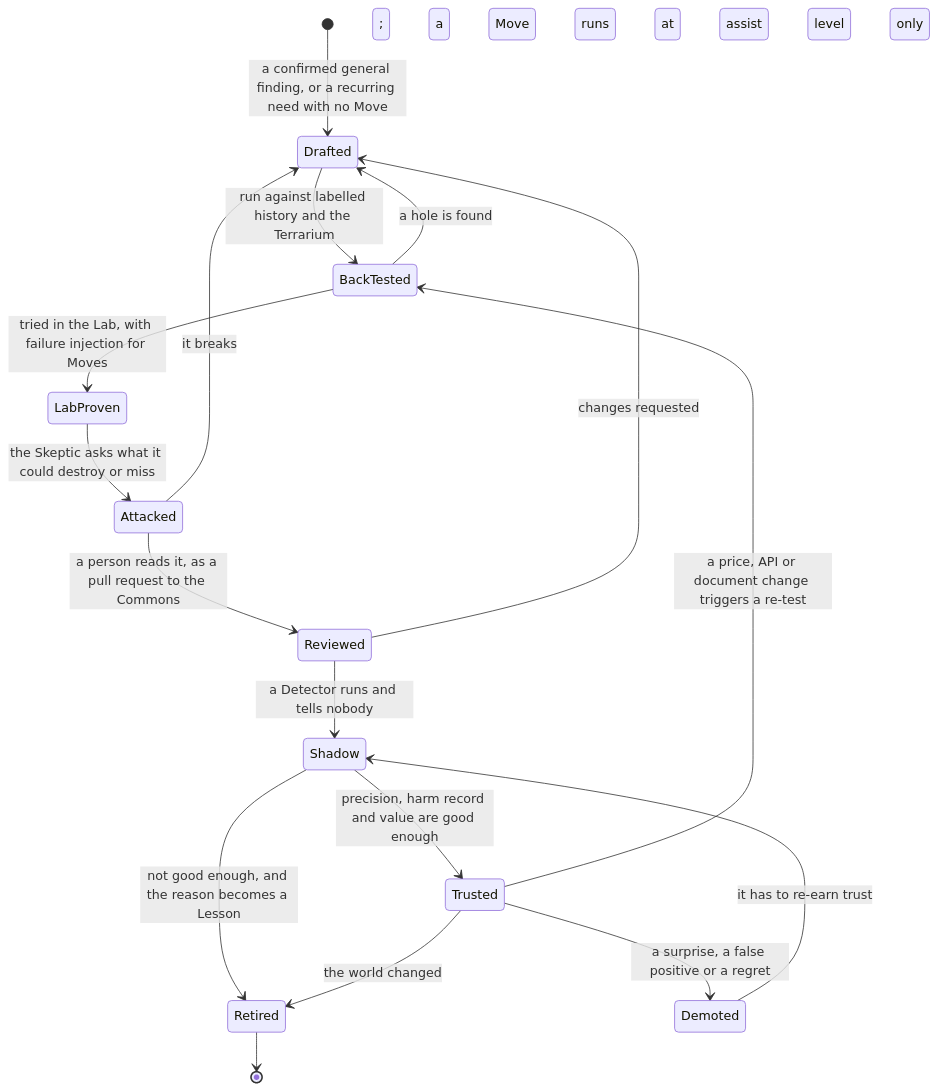
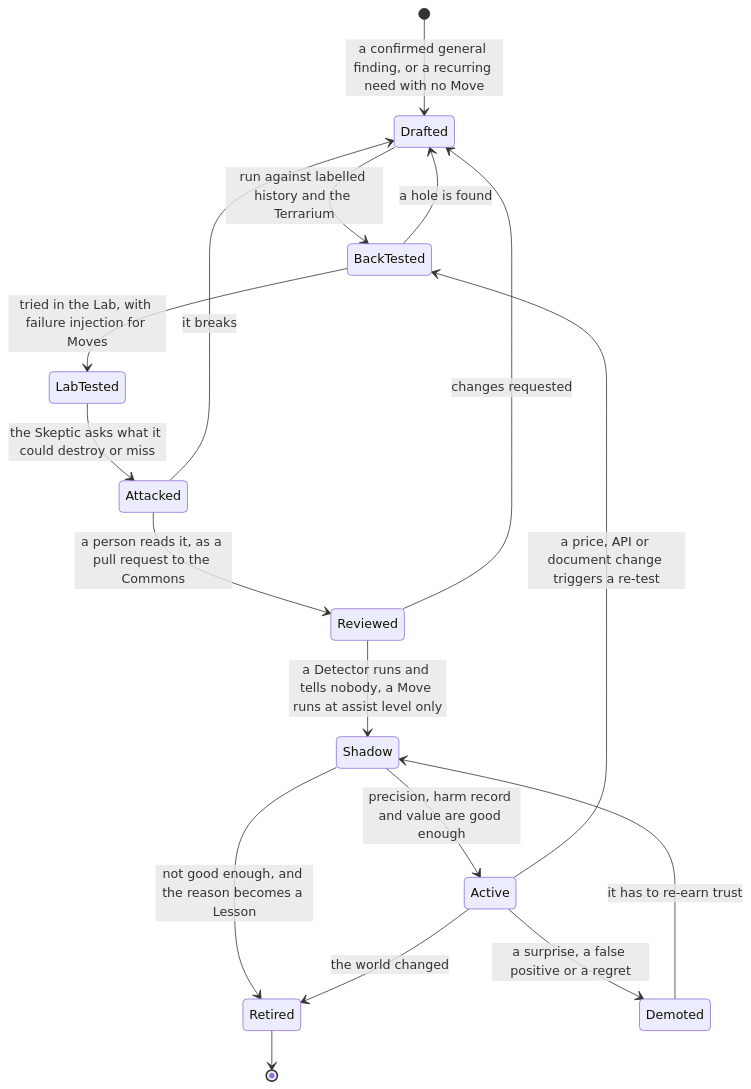
The third of 3 diagrams in docs/04-experiments-and-the-lab.md (tinodo/meternaut), drawn with Mermaid before and after one commit. The commit also changed other lines of this file and 26 other files, not shown here.

````diff
--- a/docs/04-experiments-and-the-lab.md
+++ b/docs/04-experiments-and-the-lab.md
@@ -258,19 +258,19 @@
 ```mermaid
 stateDiagram-v2
     [*] --> Drafted: a confirmed general finding, or a recurring need with no Move
     Drafted --> BackTested: run against labelled history and the Terrarium
-    BackTested --> LabProven: tried in the Lab, with failure injection for Moves
+    BackTested --> LabTested: tried in the Lab, with failure injection for Moves
     BackTested --> Drafted: a hole is found
-    LabProven --> Attacked: the Skeptic asks what it could destroy or miss
+    LabTested --> Attacked: the Skeptic asks what it could destroy or miss
     Attacked --> Drafted: it breaks
     Attacked --> Reviewed: a person reads it, as a pull request to the Commons
     Reviewed --> Drafted: changes requested
-    Reviewed --> Shadow: a Detector runs and tells nobody; a Move runs at assist level only
-    Shadow --> Trusted: precision, harm record and value are good enough
+    Reviewed --> Shadow: a Detector runs and tells nobody, a Move runs at assist level only
+    Shadow --> Active: precision, harm record and value are good enough
     Shadow --> Retired: not good enough, and the reason becomes a Lesson
-    Trusted --> Demoted: a surprise, a false positive or a regret
+    Active --> Demoted: a surprise, a false positive or a regret
     Demoted --> Shadow: it has to re-earn trust
-    Trusted --> BackTested: a price, API or document change triggers a re-test
-    Trusted --> Retired: the world changed
+    Active --> BackTested: a price, API or document change triggers a re-test
+    Active --> Retired: the world changed
     Retired --> [*]
 ```
````
